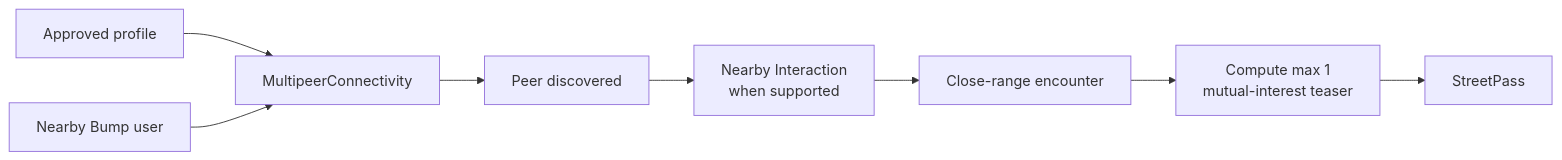
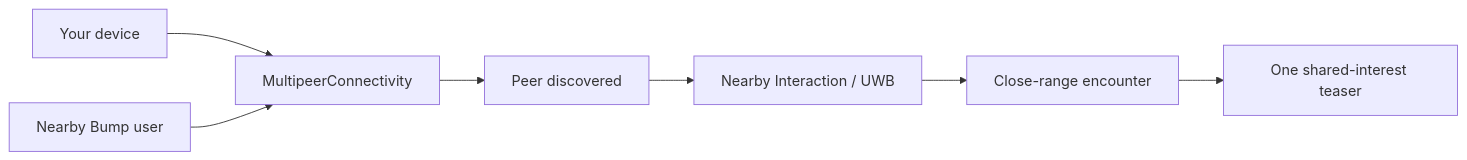
Before and after one commit to abrar-sarwar/bump: the second of 4 diagrams in README.md, drawn with Mermaid. The commit also changed other lines of this file, not shown here.

````diff
--- a/README.md
+++ b/README.md
@@ -91,10 +89,9 @@
 ```mermaid
 flowchart LR
-    A["Approved profile"] --> B["MultipeerConnectivity"]
-    C["Nearby Bump user"] --> B
-    B --> D["Peer discovered"]
-    D --> E["Nearby Interaction<br/>when supported"]
+    A["Your device"] --> C["MultipeerConnectivity"]
+    B["Nearby Bump user"] --> C
+    C --> D["Peer discovered"]
+    D --> E["Nearby Interaction / UWB"]
     E --> F["Close-range encounter"]
-    F --> G["Compute max 1<br/>mutual-interest teaser"]
-    G --> H["StreetPass"]
+    F --> G["One shared-interest teaser"]
 ```
````
